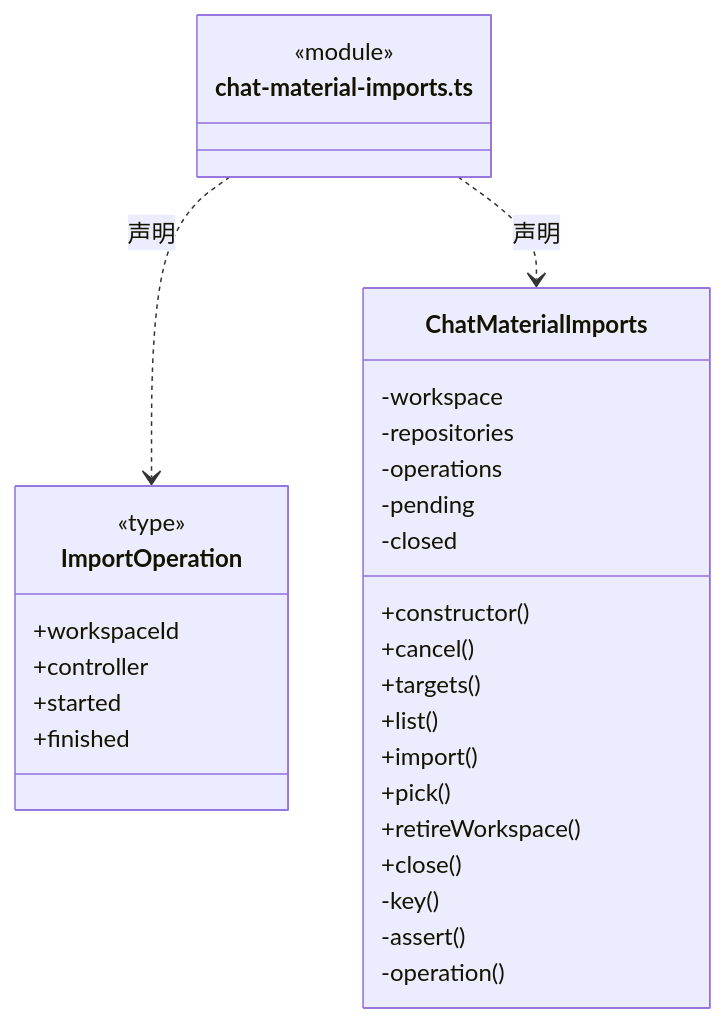
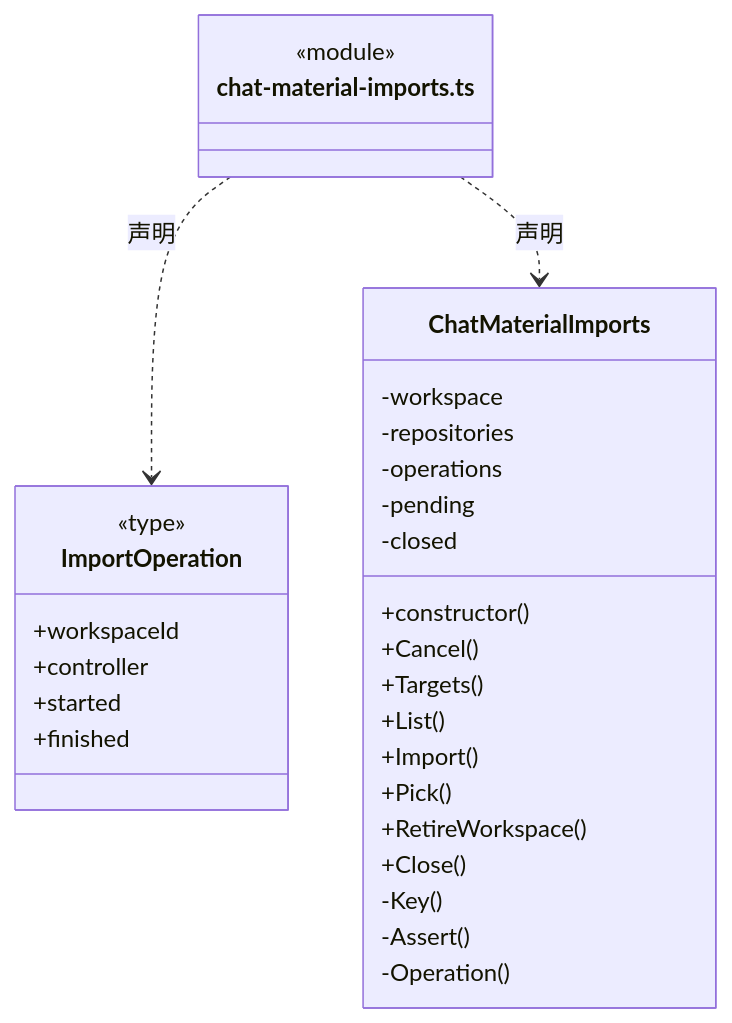
Before and after one commit to nan023062/cbim: the second of 5 diagrams in src/logic/materials/service/ARCHITECTURE.md, drawn with Mermaid. The commit also changed other lines of this file and 1035 other files, not shown here.

````diff
--- a/src/logic/materials/service/ARCHITECTURE.md
+++ b/src/logic/materials/service/ARCHITECTURE.md
@@ -64,33 +64,33 @@
 ```mermaid
 classDiagram
 class N_src_logic_materials_service_chat_material_imports_ts["chat-material-imports.ts"] {
   <<module>>
 }
 class N_src_logic_materials_service_chat_material_imports_ts_ImportOperation["ImportOperation"] {
   <<type>>
   +workspaceId
   +controller
   +started
   +finished
 }
 N_src_logic_materials_service_chat_material_imports_ts ..> N_src_logic_materials_service_chat_material_imports_ts_ImportOperation : 声明
 class N_src_logic_materials_service_chat_material_imports_ts_ChatMaterialImports["ChatMaterialImports"] {
   +constructor()
-  +cancel()
-  +targets()
-  +list()
-  +import()
-  +pick()
-  +retireWorkspace()
-  +close()
+  +Cancel()
+  +Targets()
+  +List()
+  +Import()
+  +Pick()
+  +RetireWorkspace()
+  +Close()
   -workspace
   -repositories
   -operations
   -pending
   -closed
-  -key()
-  -assert()
-  -operation()
+  -Key()
+  -Assert()
+  -Operation()
 }
 N_src_logic_materials_service_chat_material_imports_ts ..> N_src_logic_materials_service_chat_material_imports_ts_ChatMaterialImports : 声明
 ```
````
